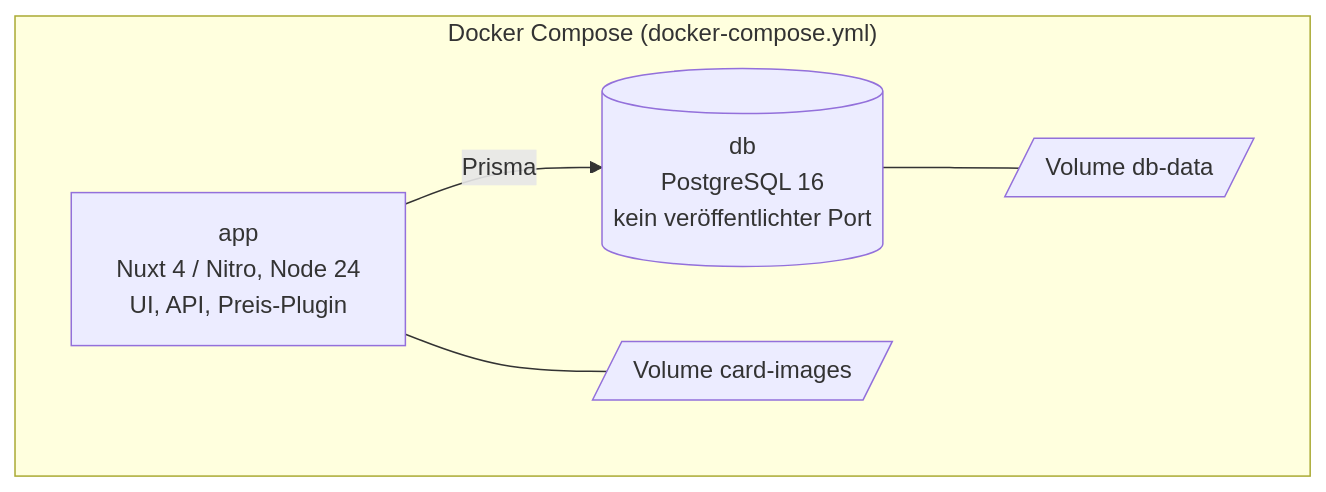
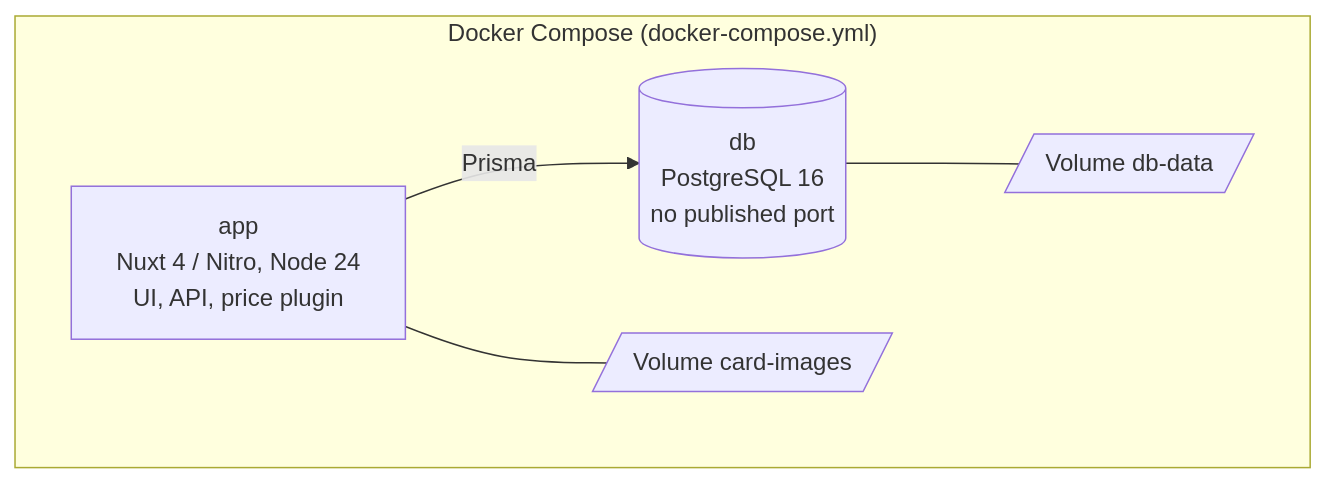
The second of 5 diagrams in docs/ARCHITECTURE.md (qaldak/cardkeeper), drawn with Mermaid before and after one commit. The commit also changed other lines of this file and 83 other files, not shown here.

````diff
--- a/docs/ARCHITECTURE.md
+++ b/docs/ARCHITECTURE.md
@@ -21,12 +21,12 @@
 ```mermaid
 flowchart TB
     subgraph stack["Docker Compose (docker-compose.yml)"]
-        app["app<br/>Nuxt 4 / Nitro, Node 24<br/>UI, API, Preis-Plugin"]
-        db[("db<br/>PostgreSQL 16<br/>kein veröffentlichter Port")]
+        app["app<br/>Nuxt 4 / Nitro, Node 24<br/>UI, API, price plugin"]
+        db[("db<br/>PostgreSQL 16<br/>no published port")]
         v1[/"Volume db-data"/]
         v2[/"Volume card-images"/]
     end
     app -->|Prisma| db
     db --- v1
     app --- v2
 ```
````
